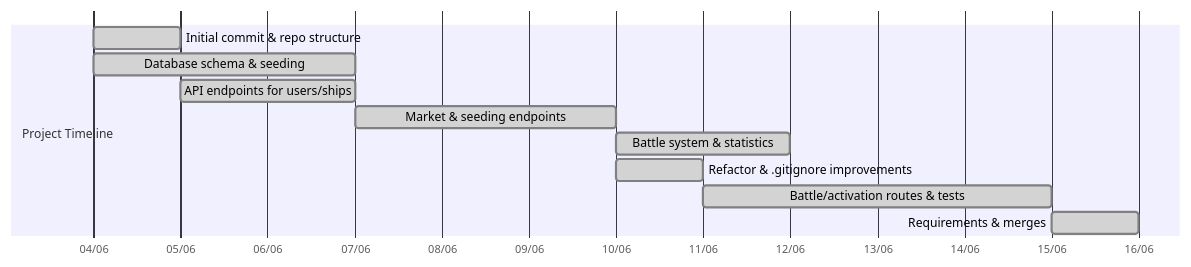
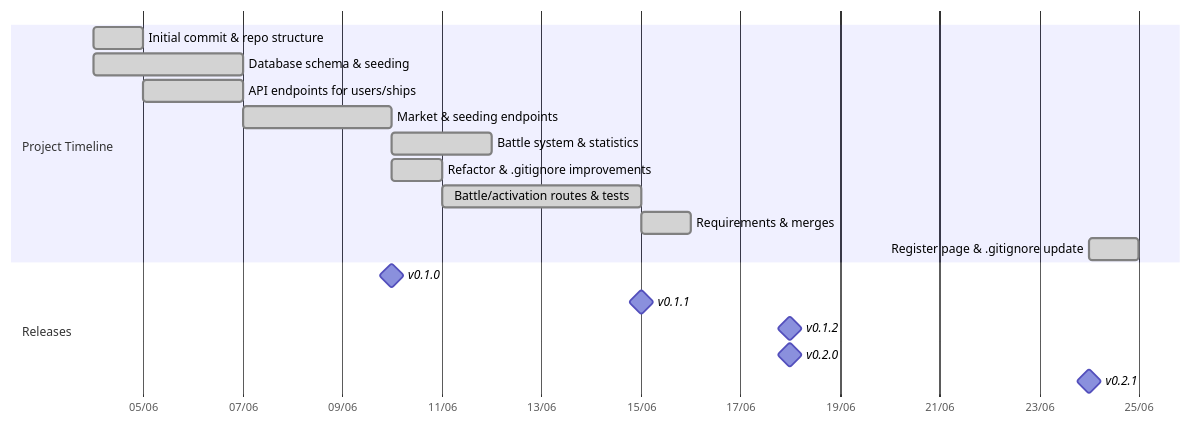
Before and after one commit to FilipePacheco73/Bellum-Astrum: the third of 3 diagrams in README.md, drawn with Mermaid. The commit also changed other lines of this file and 37 other files, not shown here.

````diff
--- a/README.md
+++ b/README.md
@@ -181,14 +216,22 @@
 ```mermaid
 gantt
 dateFormat  YYYY-MM-DD
 axisFormat  %d/%m
 section Project Timeline
 Initial commit & repo structure        :done,    des1, 2025-06-04, 1d
 Database schema & seeding             :done,    des2, 2025-06-04, 3d
 API endpoints for users/ships         :done,    des3, 2025-06-05, 2d
 Market & seeding endpoints            :done,    des4, 2025-06-07, 3d
 Battle system & statistics            :done,    des5, 2025-06-10, 2d
 Refactor & .gitignore improvements    :done,    des6, 2025-06-10, 1d
 Battle/activation routes & tests      :done,    des7, 2025-06-11, 4d
 Requirements & merges                 :done,    des8, 2025-06-15, 1d
+Register page & .gitignore update     :done,    des9, 2025-06-24, 1d
+
+section Releases
+v0.1.0 :milestone, m1, 2025-06-10, 0d
+v0.1.1 :milestone, m2, 2025-06-15, 0d
+v0.1.2 :milestone, m3, 2025-06-18, 0d
+v0.2.0 :milestone, m4, 2025-06-18, 0d
+v0.2.1 :milestone, m5, 2025-06-24, 0d
 ```
````
